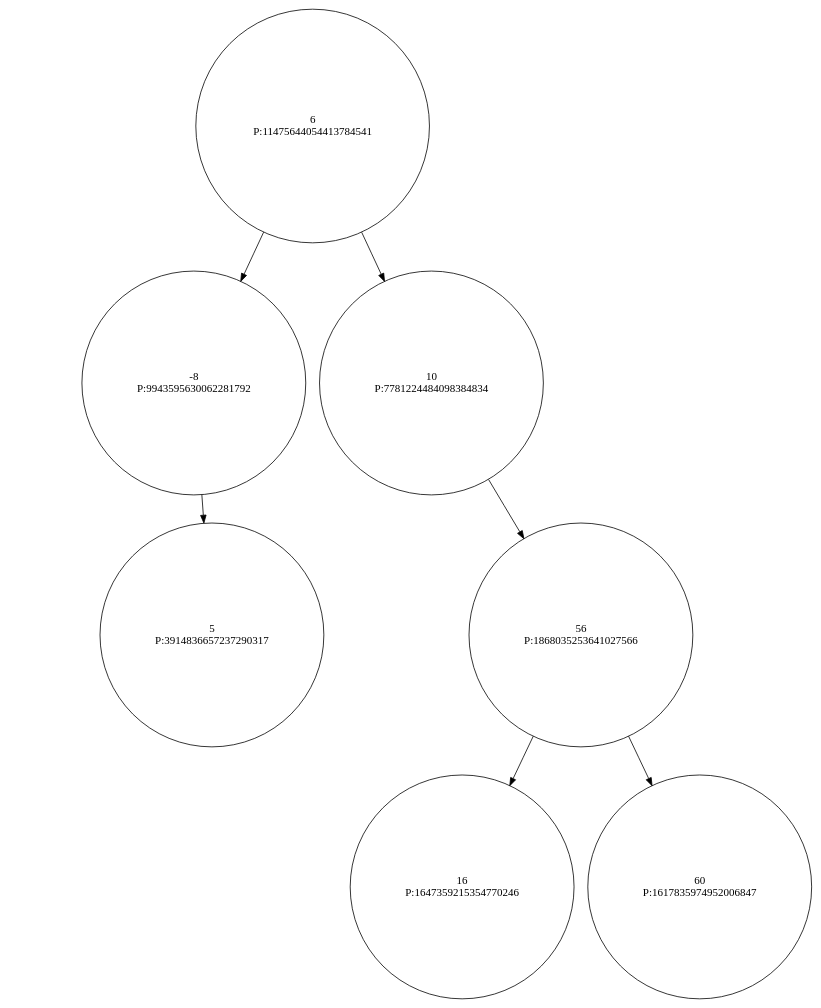
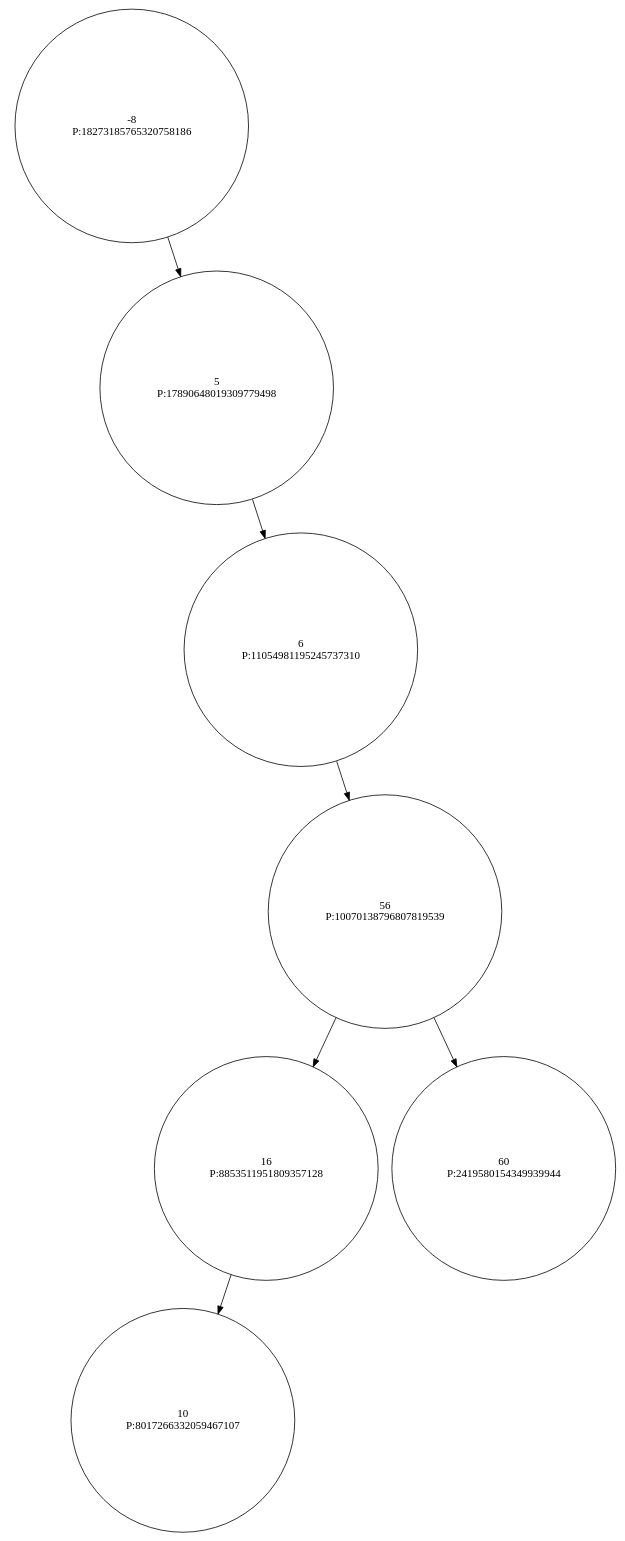
The diagram in data/output/dot/treap3.dot (Ritaa-Marie/Trabalho-Arvores-AEDES2), drawn with Graphviz before and after one commit. The commit also changed 21 other files, not shown here.

```diff
--- a/data/output/dot/treap3.dot
+++ b/data/output/dot/treap3.dot
@@ -1,20 +1,24 @@
 digraph Treap {
    node [shape=circle];
-  6 [label="6\nP:11475644054413784541"];
-  "6" -> "-8";
-  -8 [label="-8\nP:9943595630062281792"];
+  -8 [label="-8\nP:18273185765320758186"];
   "null_l_-8" [style=invis];
   "-8" -> "null_l_-8" [style=invis];
   "-8" -> "5";
-  5 [label="5\nP:3914836657237290317"];
-  "6" -> "10";
-  10 [label="10\nP:7781224484098384834"];
-  "null_l_10" [style=invis];
-  "10" -> "null_l_10" [style=invis];
-  "10" -> "56";
-  56 [label="56\nP:1868035253641027566"];
+  5 [label="5\nP:17890648019309779498"];
+  "null_l_5" [style=invis];
+  "5" -> "null_l_5" [style=invis];
+  "5" -> "6";
+  6 [label="6\nP:11054981195245737310"];
+  "null_l_6" [style=invis];
+  "6" -> "null_l_6" [style=invis];
+  "6" -> "56";
+  56 [label="56\nP:10070138796807819539"];
   "56" -> "16";
-  16 [label="16\nP:1647359215354770246"];
+  16 [label="16\nP:8853511951809357128"];
+  "16" -> "10";
+  10 [label="10\nP:8017266332059467107"];
+  "null_r_16" [style=invis];
+  "16" -> "null_r_16" [style=invis];
   "56" -> "60";
-  60 [label="60\nP:1617835974952006847"];
+  60 [label="60\nP:2419580154349939944"];
 }
```
